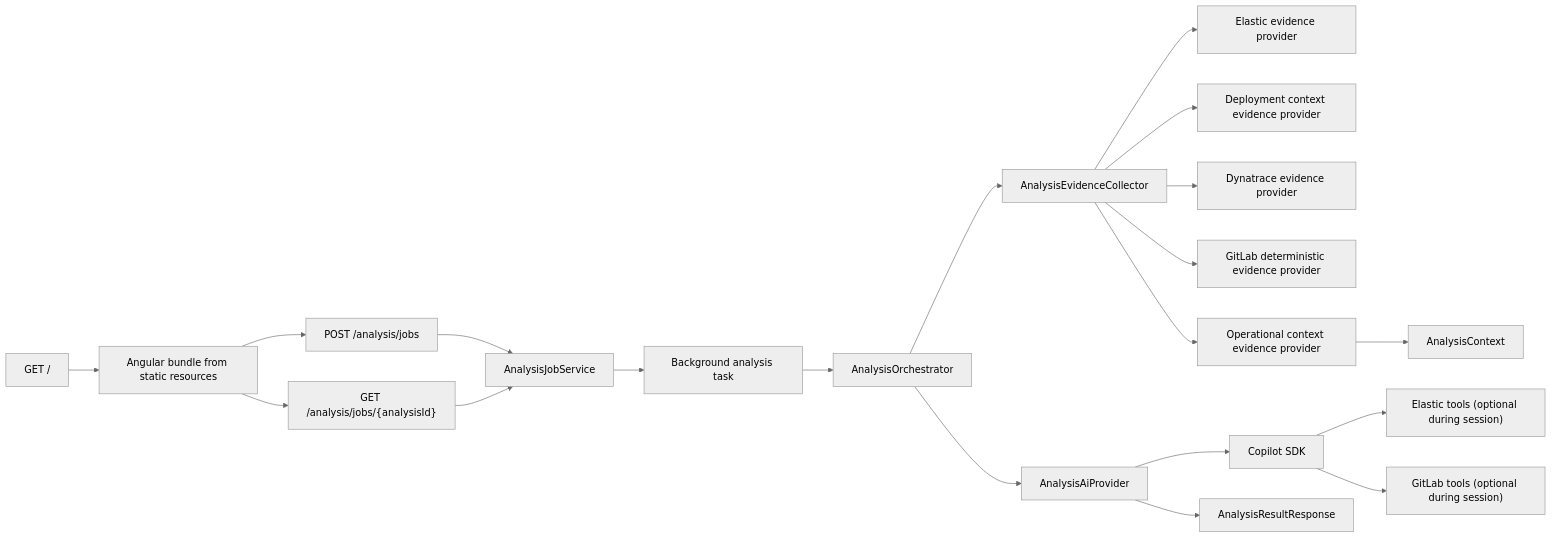
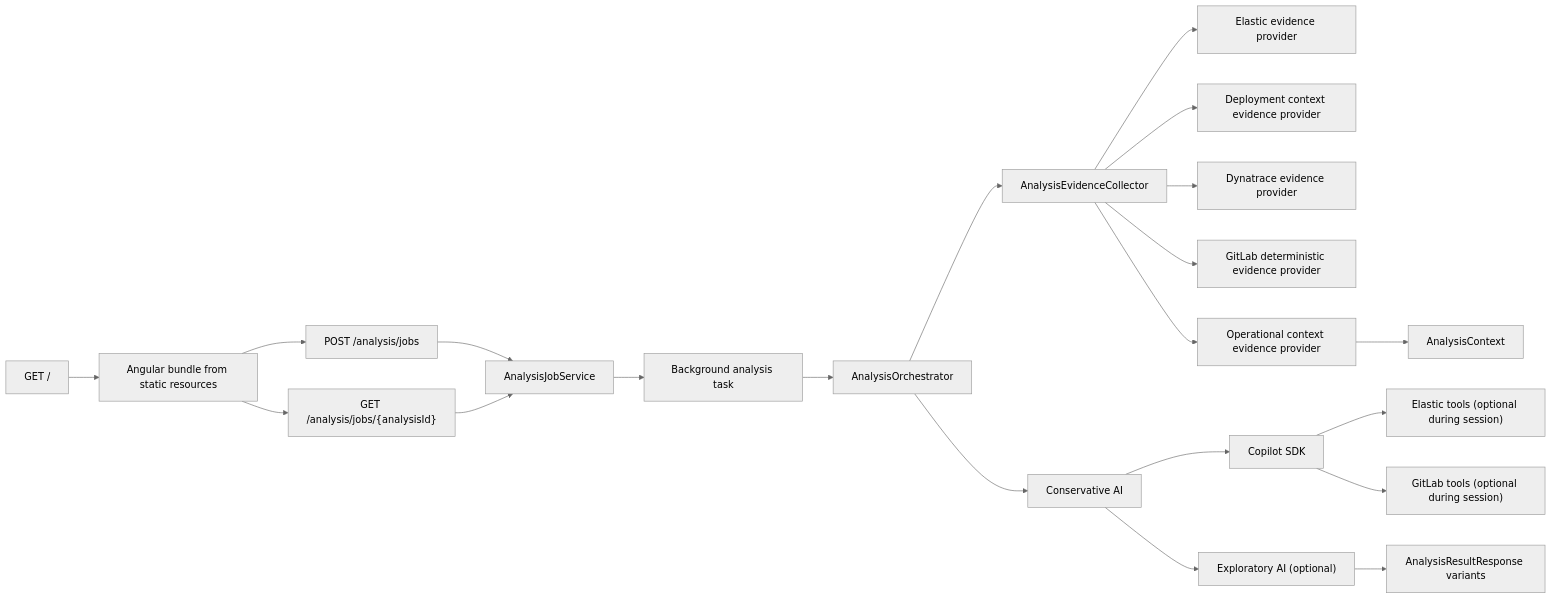
Before and after one commit to herald-assistant/incident-tracker: the diagram in docs/architecture/01-system-overview.md, drawn with Mermaid (neutral theme). The commit also changed other lines of this file and 28 other files, not shown here.

````diff
--- a/docs/architecture/01-system-overview.md
+++ b/docs/architecture/01-system-overview.md
@@ -137,22 +143,23 @@
 ```mermaid
 flowchart LR
     A["GET /"] --> B["Angular bundle from static resources"]
     B --> C["POST /analysis/jobs"]
     C --> D["AnalysisJobService"]
     D --> E["Background analysis task"]
     E --> F["AnalysisOrchestrator"]
     F --> G["AnalysisEvidenceCollector"]
     G --> H["Elastic evidence provider"]
     G --> I["Deployment context evidence provider"]
     G --> J["Dynatrace evidence provider"]
     G --> K["GitLab deterministic evidence provider"]
     G --> L["Operational context evidence provider"]
     L --> M["AnalysisContext"]
-    F --> N["AnalysisAiProvider"]
+    F --> N["Conservative AI"]
     N --> O["Copilot SDK"]
     O --> P["Elastic tools (optional during session)"]
     O --> R["GitLab tools (optional during session)"]
-    N --> S["AnalysisResultResponse"]
+    N --> S["Exploratory AI (optional)"]
+    S --> U["AnalysisResultResponse variants"]
     B --> T["GET /analysis/jobs/{analysisId}"]
     T --> D
 ```
````
